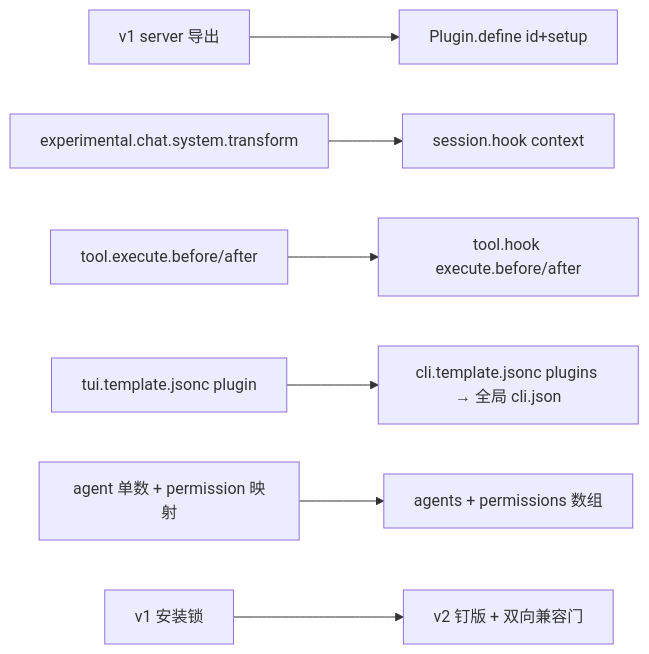
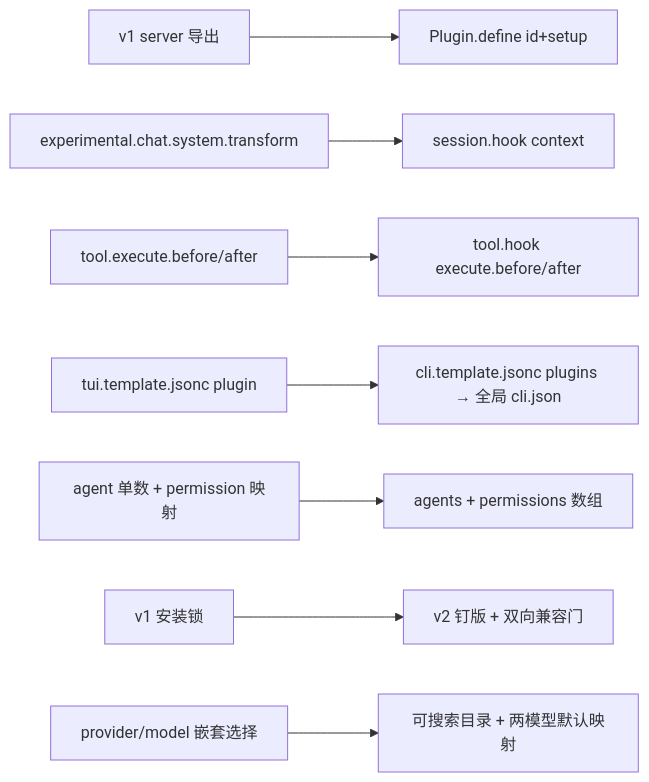
One commit to kenlin8827/opencode-prime changed the diagram in docs/adr/zh/2.0.0-adapt-opencode-prime-to-v2-runtime.md. Above: the diagram before and after it, drawn with Mermaid. The commit also changed other lines of this file and 20 other files, not shown here.

````diff
--- a/docs/adr/zh/2.0.0-adapt-opencode-prime-to-v2-runtime.md
+++ b/docs/adr/zh/2.0.0-adapt-opencode-prime-to-v2-runtime.md
@@ -33,9 +33,10 @@
 ```mermaid
 flowchart LR
     V1A[v1 server 导出] --> V2A[Plugin.define id+setup]
     V1B[experimental.chat.system.transform] --> V2B[session.hook context]
     V1C[tool.execute.before/after] --> V2C[tool.hook execute.before/after]
     V1D[tui.template.jsonc plugin] --> V2D[cli.template.jsonc plugins → 全局 cli.json]
     V1E[agent 单数 + permission 映射] --> V2E[agents + permissions 数组]
     V1F[v1 安装锁] --> V2F[v2 钉版 + 双向兼容门]
+    P0[provider/model 嵌套选择] --> P1[可搜索目录 + 两模型默认映射]
 ```
````
